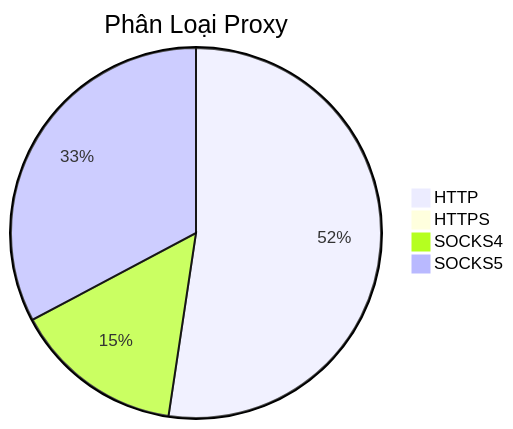
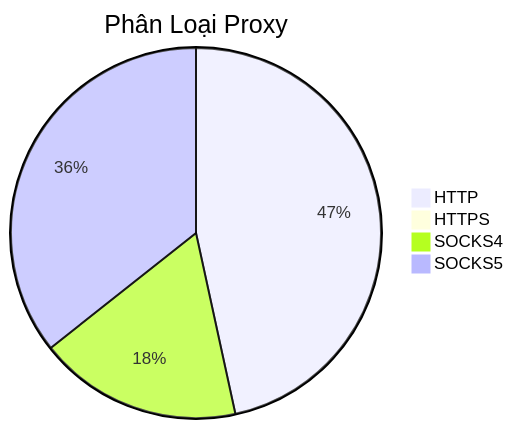
One commit to Ciara-12/PROXY-free changed the diagram in README.md. Above: the diagram before and after it, drawn with Mermaid. The commit also changed other lines of this file and 3 other files, not shown here.

````diff
--- a/README.md
+++ b/README.md
@@ -26,7 +26,7 @@
 ```mermaid
 pie title Phân Loại Proxy
-    "HTTP" : 927
+    "HTTP" : 669
     "HTTPS" : 0
-    "SOCKS4" : 263
-    "SOCKS5" : 580
+    "SOCKS4" : 255
+    "SOCKS5" : 512
 ```
````
